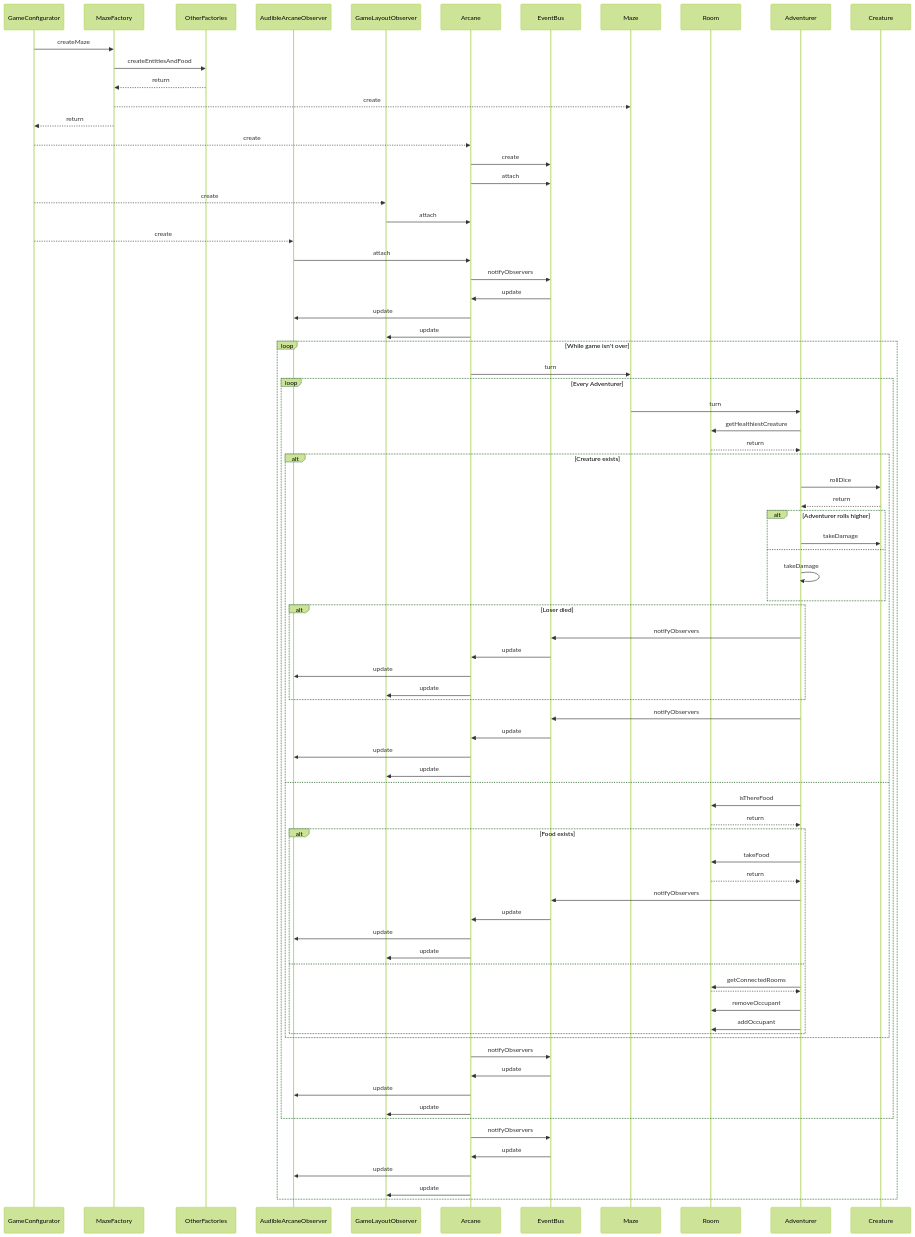
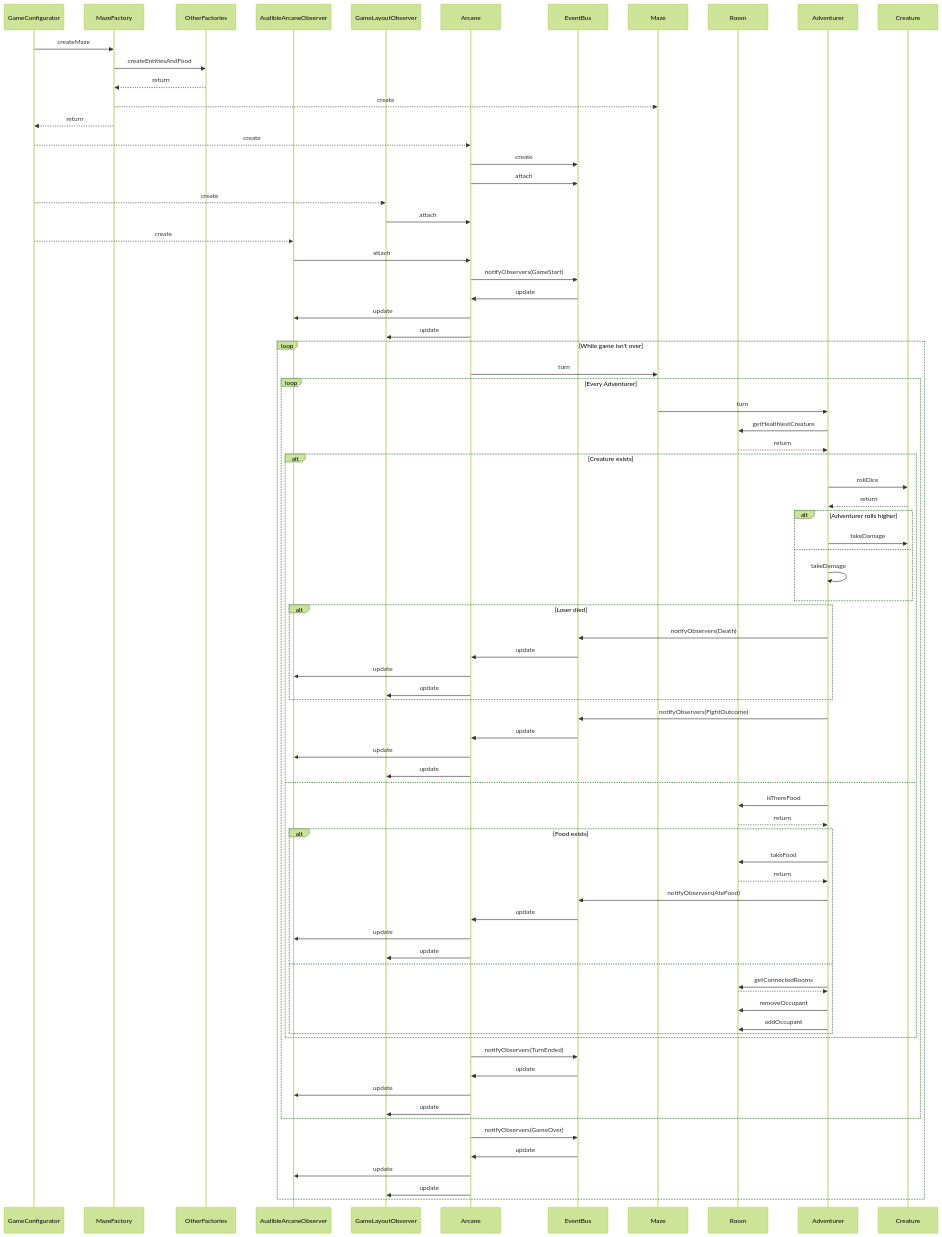
One commit to jonathancsci/csci4448-arcane-game changed the second of 2 diagrams in README.md. Above: the diagram before and after it, drawn with Mermaid (forest theme).

Commit message:
Specified event types

```diff
--- a/README.md
+++ b/README.md
@@ -174,7 +174,7 @@
     GameConfigurator-->>AudibleArcaneObserver: create
     AudibleArcaneObserver->>Arcane: attach
     
-    Arcane->>EventBus: notifyObservers
+    Arcane->>EventBus: notifyObservers(GameStart)
     EventBus->>Arcane: update
     Arcane->>AudibleArcaneObserver: update
     Arcane->>GameLayoutObserver: update
@@ -193,12 +193,12 @@
                     Adventurer->>Adventurer: takeDamage
                 end
                 alt Loser died
-                    Adventurer->>EventBus: notifyObservers
+                    Adventurer->>EventBus: notifyObservers(Death)
                     EventBus->>Arcane: update
                     Arcane->>AudibleArcaneObserver: update
                     Arcane->>GameLayoutObserver: update
                 end
-                Adventurer->>EventBus: notifyObservers
+                Adventurer->>EventBus: notifyObservers(FightOutcome)
                 EventBus->>Arcane: update
                 Arcane->>AudibleArcaneObserver: update
                 Arcane->>GameLayoutObserver: update
@@ -208,7 +208,7 @@
             alt Food exists
                 Adventurer->>Room: takeFood
                 Room-->>Adventurer: return
-                Adventurer->>EventBus: notifyObservers
+                Adventurer->>EventBus: notifyObservers(AteFood)
                 EventBus->>Arcane: update
                 Arcane->>AudibleArcaneObserver: update
                 Arcane->>GameLayoutObserver: update
@@ -219,12 +219,12 @@
                 Adventurer->>Room: addOccupant
             end
         end
-        Arcane->>EventBus: notifyObservers
+        Arcane->>EventBus: notifyObservers(TurnEnded)
         EventBus->>Arcane: update
         Arcane->>AudibleArcaneObserver: update
         Arcane->>GameLayoutObserver: update
     end
-    Arcane->>EventBus: notifyObservers
+    Arcane->>EventBus: notifyObservers(GameOver)
     EventBus->>Arcane: update
     Arcane->>AudibleArcaneObserver: update
     Arcane->>GameLayoutObserver: update
```
